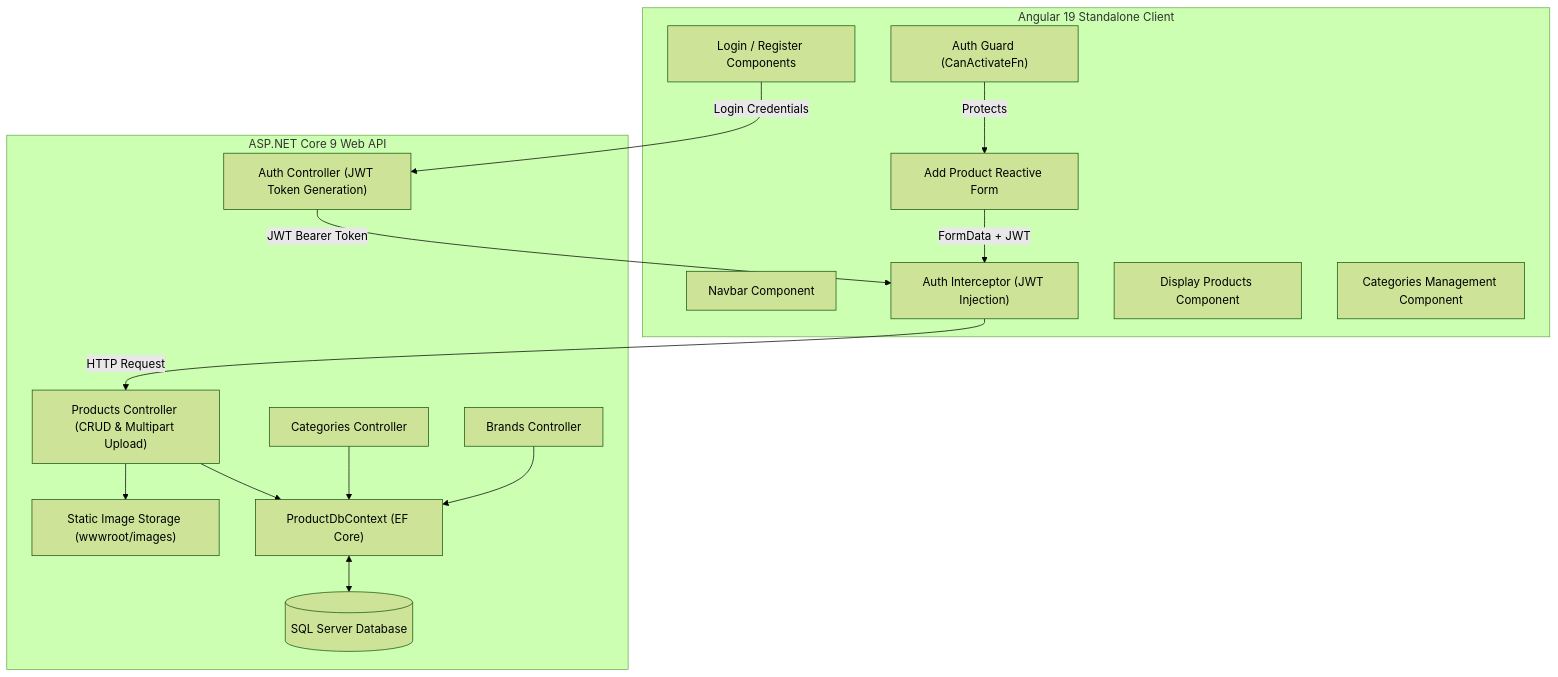
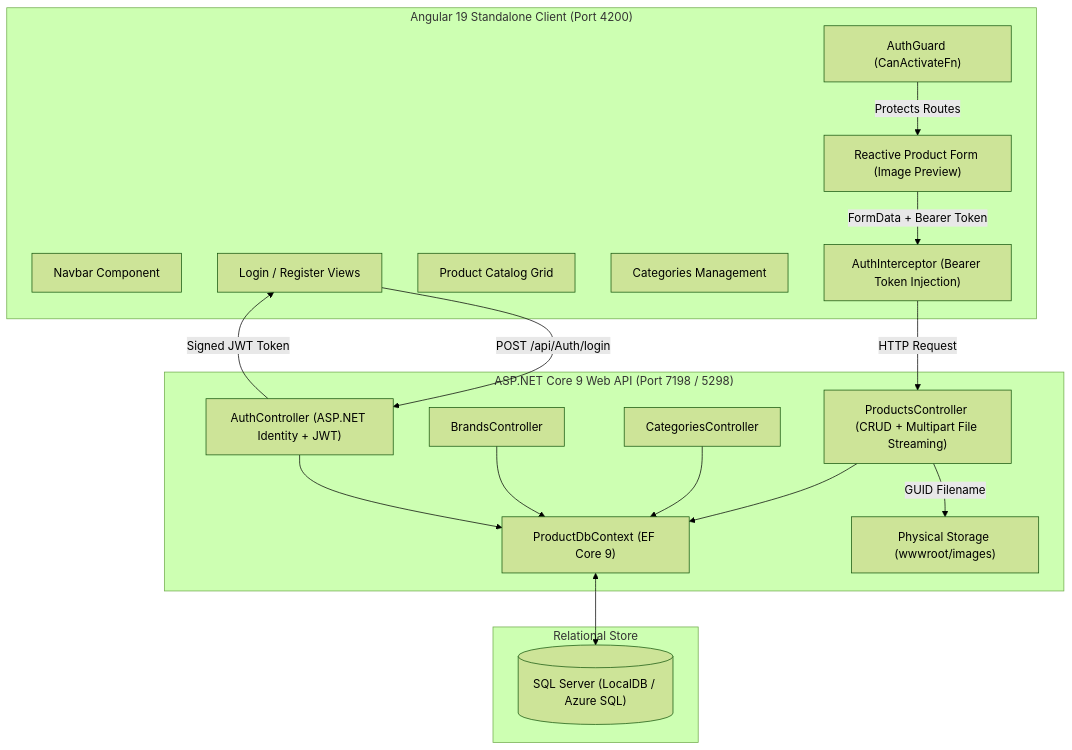
Before and after one commit to Zafff-e/FullStack-Angular-AspNetCore-InventoryManagement: the first of 2 diagrams in README.md, drawn with Mermaid (forest theme). The commit also changed other lines of this file and 15 other files, not shown here.

Commit message:
feat: add 22 xunit tests, fix master-detail brand update FK persistence, sanitize jwt secret, and update enterprise readme

````diff
--- a/README.md
+++ b/README.md
@@ -32,33 +33,37 @@
 ```mermaid
 graph TD
-    subgraph Frontend["Angular 19 Standalone Client"]
-        Navbar["Navbar Component"]
-        Login["Login / Register Components"]
-        Guard["Auth Guard (CanActivateFn)"]
-        Interceptor["Auth Interceptor (JWT Injection)"]
-        ProductsComp["Display Products Component"]
-        AddProd["Add Product Reactive Form"]
-        CatComp["Categories Management Component"]
+    subgraph Client["Angular 19 Standalone Client (Port 4200)"]
+        UI_Nav["Navbar Component"]
+        UI_Login["Login / Register Views"]
+        UI_ProdList["Product Catalog Grid"]
+        UI_AddProd["Reactive Product Form (Image Preview)"]
+        UI_Cats["Categories Management"]
+        Guard["AuthGuard (CanActivateFn)"]
+        Interceptor["AuthInterceptor (Bearer Token Injection)"]
     end
 
-    subgraph Backend["ASP.NET Core 9 Web API"]
-        AuthCtrl["Auth Controller (JWT Token Generation)"]
-        ProdCtrl["Products Controller (CRUD & Multipart Upload)"]
-        CatCtrl["Categories Controller"]
-        BrandCtrl["Brands Controller"]
-        DbContext["ProductDbContext (EF Core)"]
-        DB[("SQL Server Database")]
-        Storage["Static Image Storage (wwwroot/images)"]
+    subgraph Server["ASP.NET Core 9 Web API (Port 7198 / 5298)"]
+        Ctrl_Auth["AuthController (ASP.NET Identity + JWT)"]
+        Ctrl_Prod["ProductsController (CRUD + Multipart File Streaming)"]
+        Ctrl_Cat["CategoriesController"]
+        Ctrl_Brand["BrandsController"]
+        EF_Context["ProductDbContext (EF Core 9)"]
+        Disk_Storage["Physical Storage (wwwroot/images)"]
     end
 
-    Login -->|"Login Credentials"| AuthCtrl
-    AuthCtrl -->|"JWT Bearer Token"| Interceptor
-    Guard -->|"Protects"| AddProd
-    AddProd -->|"FormData + JWT"| Interceptor
-    Interceptor -->|"HTTP Request"| ProdCtrl
-    ProdCtrl --> Storage
-    ProdCtrl --> DbContext
-    CatCtrl --> DbContext
-    BrandCtrl --> DbContext
-    DbContext <--> DB
+    subgraph Database["Relational Store"]
+        DB[("SQL Server (LocalDB / Azure SQL)")]
+    end
+
+    UI_Login -->|"POST /api/Auth/login"| Ctrl_Auth
+    Ctrl_Auth -->|"Signed JWT Token"| UI_Login
+    Guard -->|"Protects Routes"| UI_AddProd
+    UI_AddProd -->|"FormData + Bearer Token"| Interceptor
+    Interceptor -->|"HTTP Request"| Ctrl_Prod
+    Ctrl_Prod -->|"GUID Filename"| Disk_Storage
+    Ctrl_Prod --> EF_Context
+    Ctrl_Cat --> EF_Context
+    Ctrl_Brand --> EF_Context
+    Ctrl_Auth --> EF_Context
+    EF_Context <--> DB
 ```
````
